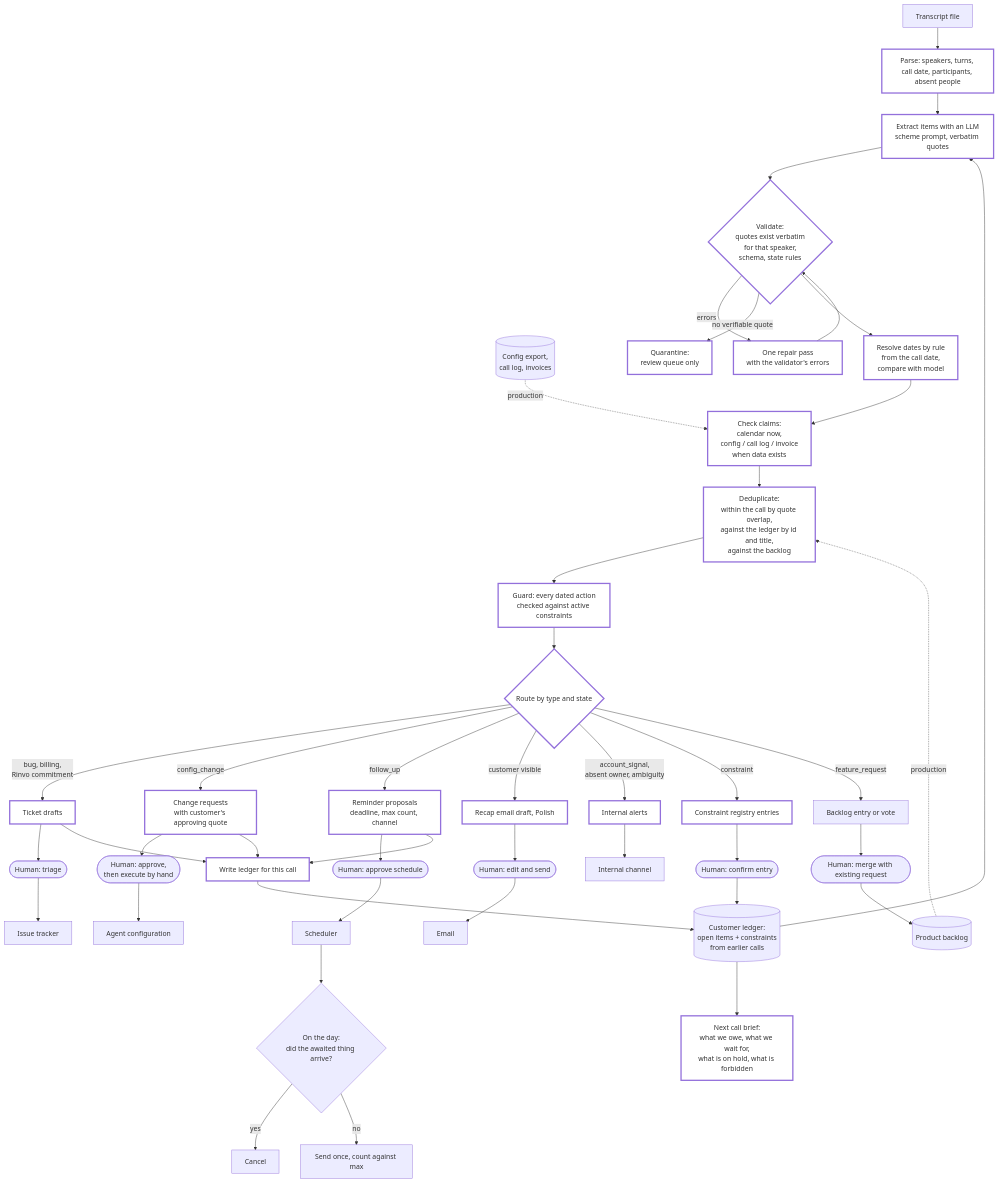
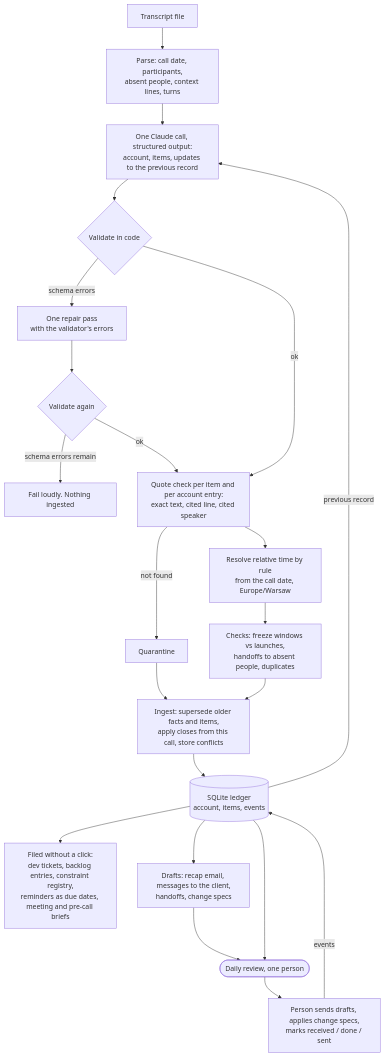
The diagram in docs/process.md (albmoss/rinvo-call-state), drawn with Mermaid before and after one commit. The commit also changed other lines of this file and 24 other files, not shown here.

First line of the commit message:
Rebuild as an account assistant with ledger, panel and replayable demo

````diff
--- a/docs/process.md
+++ b/docs/process.md
@@ -3,40 +3,23 @@
 ```mermaid
 flowchart TD
-    T[Transcript file] --> P[Parse: speakers, turns, call date, participants, absent people]
-    L[(Customer ledger:<br/>open items + constraints<br/>from earlier calls)] --> X
-    B[(Product backlog)] -.production.-> D
-    C[(Config export,<br/>call log, invoices)] -.production.-> K
-    P --> X[Extract items with an LLM<br/>scheme prompt, verbatim quotes]
-    X --> V{Validate:<br/>quotes exist verbatim<br/>for that speaker,<br/>schema, state rules}
-    V -- errors --> R[One repair pass<br/>with the validator's errors] --> V
-    V -- no verifiable quote --> Q[Quarantine:<br/>review queue only]
-    V --> DT[Resolve dates by rule<br/>from the call date,<br/>compare with model]
-    DT --> K[Check claims:<br/>calendar now,<br/>config / call log / invoice<br/>when data exists]
-    K --> D[Deduplicate:<br/>within the call by quote overlap,<br/>against the ledger by id and title,<br/>against the backlog]
-    D --> G[Guard: every dated action<br/>checked against active constraints]
-    G --> RT{Route by type and state}
-
-    RT -- bug, billing,<br/>Rinvo commitment --> TK[Ticket drafts]
-    RT -- config_change --> CR[Change requests<br/>with customer's approving quote]
-    RT -- follow_up --> RM[Reminder proposals<br/>deadline, max count, channel]
-    RT -- customer visible --> EM[Recap email draft, Polish]
-    RT -- account_signal,<br/>absent owner, ambiguity --> AL[Internal alerts]
-    RT -- constraint --> CS[Constraint registry entries]
-    RT -- feature_request --> BL[Backlog entry or vote]
-
-    TK --> H1([Human: triage]) --> TOOLS1[Issue tracker]
-    CR --> H2([Human: approve,<br/>then execute by hand]) --> TOOLS2[Agent configuration]
-    RM --> H3([Human: approve schedule]) --> SCH[Scheduler] --> PC{On the day:<br/>did the awaited thing arrive?}
-    PC -- yes --> CANCEL[Cancel]
-    PC -- no --> SEND[Send once, count against max]
-    EM --> H4([Human: edit and send]) --> MAIL[Email]
-    AL --> SL[Internal channel]
-    CS --> H5([Human: confirm entry]) --> L
-    BL --> H6([Human: merge with existing request]) --> B
-    TK & CR & RM --> LG[Write ledger for this call]
-    LG --> L
-    L --> NB[Next call brief:<br/>what we owe, what we wait for,<br/>what is on hold, what is forbidden]
-
-    classDef built fill:none,stroke-width:3px
-    class P,X,V,R,Q,DT,K,D,G,RT,TK,CR,RM,EM,AL,CS,LG,NB built
+    T[Transcript file] --> P[Parse: call date, participants,<br/>absent people, context lines, turns]
+    DB[(SQLite ledger<br/>account, items, events)] -- previous record --> X
+    P --> X[One Claude call, structured output:<br/>account, items, updates to the previous record]
+    X --> V{Validate in code}
+    V -- schema errors --> R[One repair pass<br/>with the validator's errors] --> V2{Validate again}
+    V2 -- schema errors remain --> FAIL[Fail loudly. Nothing ingested]
+    V -- ok --> Q
+    V2 -- ok --> Q[Quote check per item and per account entry:<br/>exact text, cited line, cited speaker]
+    Q -- not found --> QU[Quarantine]
+    Q --> D[Resolve relative time by rule<br/>from the call date, Europe/Warsaw]
+    D --> CK[Checks: freeze windows vs launches,<br/>handoffs to absent people, duplicates]
+    CK --> ING[Ingest: supersede older facts and items,<br/>apply closes from this call, store conflicts]
+    QU --> ING
+    ING --> DB
+    DB --> AUTO[Filed without a click:<br/>dev tickets, backlog entries, constraint registry,<br/>reminders as due dates, meeting and pre-call briefs]
+    DB --> DR[Drafts: recap email, messages to the client,<br/>handoffs, change specs]
+    DB --> REV([Daily review, one person])
+    DR --> REV
+    REV --> OUT[Person sends drafts, applies change specs,<br/>marks received / done / sent]
+    OUT -- events --> DB
 ```
````
